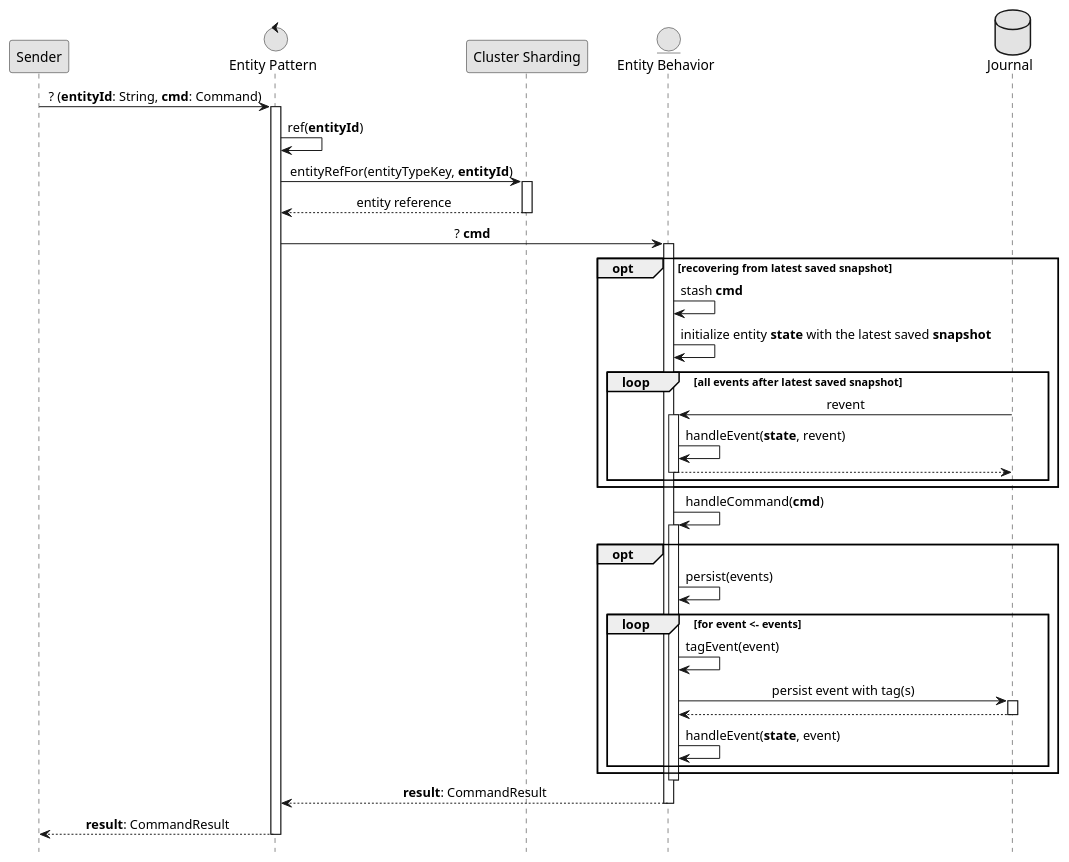
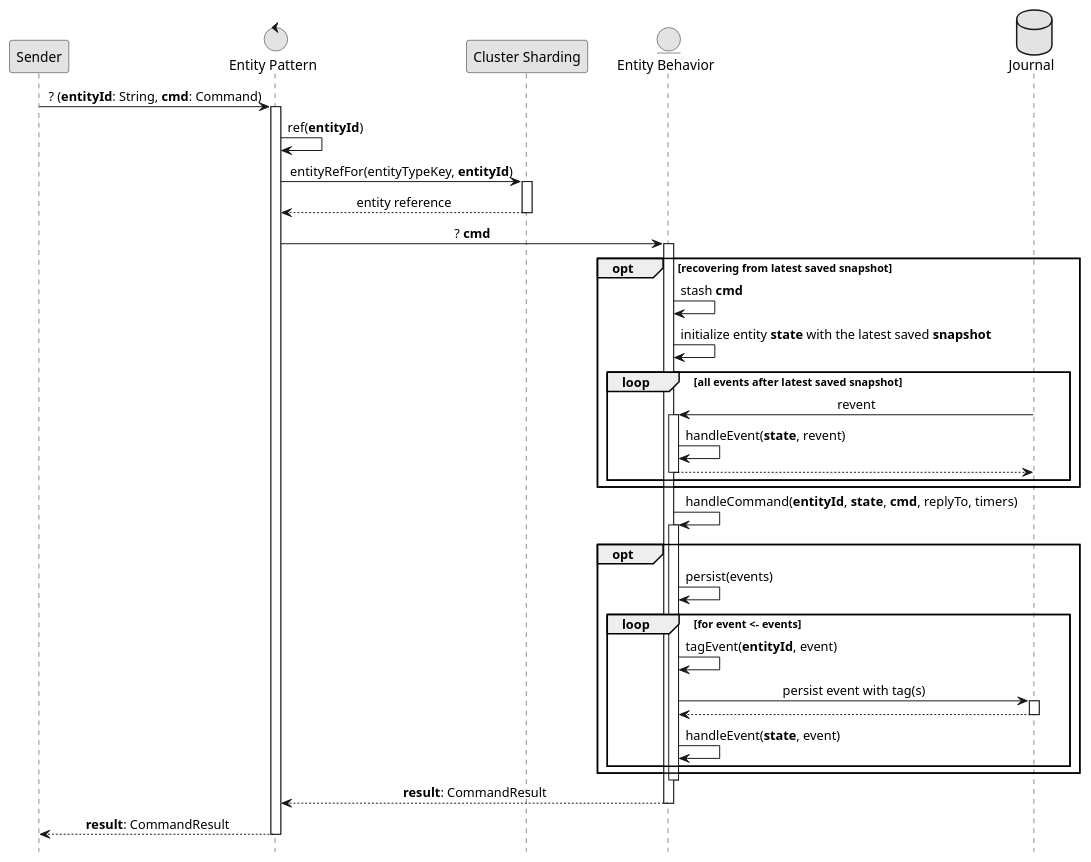
The diagram in docs/diagrams/src/EventSourcing.plantuml (SOFTNETWORK-APP/generic-persistence-api), drawn with PlantUML before and after one commit. The commit also changed 1 other file, not shown here.

Commit message:
update event sourcing diagram

```diff
--- a/docs/diagrams/src/EventSourcing.plantuml
+++ b/docs/diagrams/src/EventSourcing.plantuml
@@ -1,44 +1,44 @@
 @startuml EventSourcing
 hide footbox
 skinparam ParticipantPadding 20
 skinparam BoxPadding 10
 skinparam sequenceMessageAlign center
 skinparam monochrome true
 
 participant Sender as s
 control "Entity Pattern" as ep
 participant "Cluster Sharding" as cs
 entity "Entity Behavior" as eb
 database Journal as j
 
 s -> ep++: ? (**entityId**: String, **cmd**: Command)
 ep -> ep : ref(**entityId**)
 ep -> cs++: entityRefFor(entityTypeKey, **entityId**)
 return entity reference
 ep -> eb++: ? **cmd**
 
 opt recovering from latest saved snapshot
 eb -> eb: stash **cmd**
 eb -> eb: initialize entity **state** with the latest saved **snapshot**
 loop all events after latest saved snapshot
 j -> eb++: revent
 eb -> eb: handleEvent(**state**, revent)
 eb --> j--
 end
 end
 
-eb -> eb++: handleCommand(**cmd**)
+eb -> eb++: handleCommand(**entityId**, **state**, **cmd**, replyTo, timers)
 opt
 eb -> eb: persist(events)
 loop for event <- events
-eb -> eb: tagEvent(event)
+eb -> eb: tagEvent(**entityId**, event)
 eb -> j++: persist event with tag(s)
 return
 eb -> eb: handleEvent(**state**, event)
 end
 end
 eb--
 return **result**: CommandResult
 return **result**: CommandResult
 
 @enduml
```
